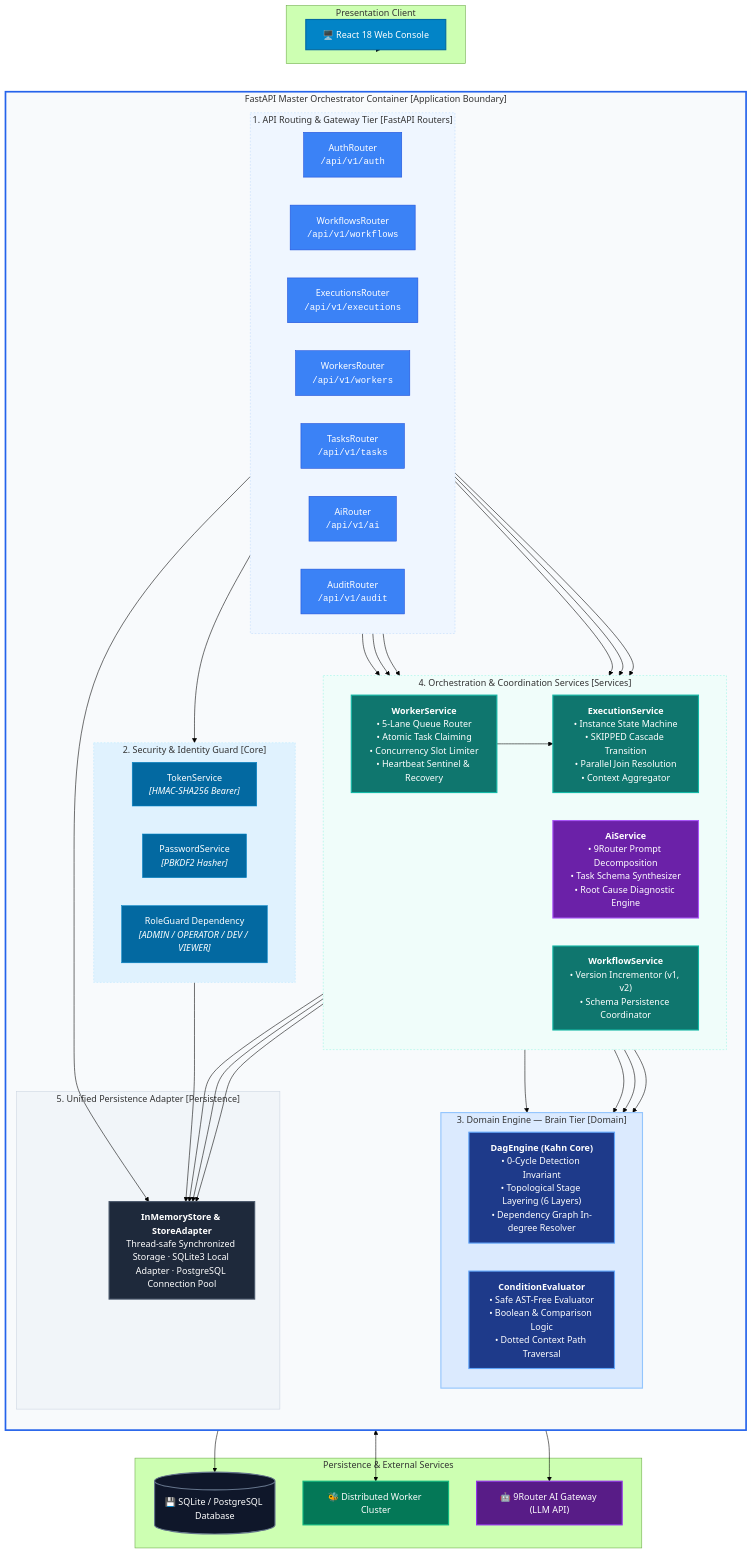
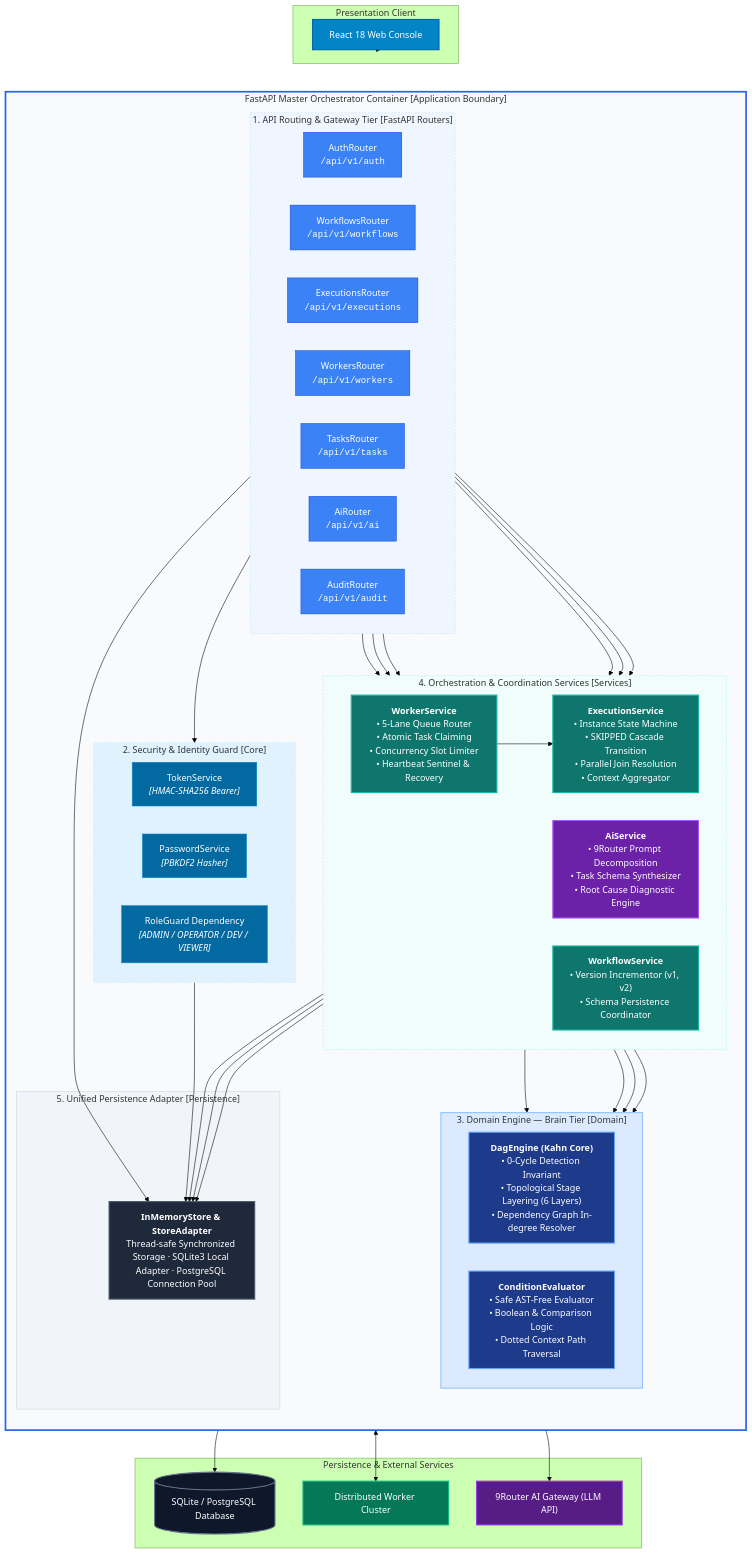
Before and after one commit to AnCoder1310/FlowForge: the fourth of 11 diagrams in README.md, drawn with Mermaid (forest theme). The commit also changed other lines of this file and 28 other files, not shown here.

Commit message:
feat: complete FlowForge production-ready DAG engine, conditional branching, visual studio, and fix dashboard metrics anti-jitter

````diff
--- a/README.md
+++ b/README.md
@@ -286,7 +286,7 @@
 ```mermaid
 flowchart TB
     subgraph webLayer["Presentation Client"]
-        web["🖥️ React 18 Web Console"]:::webClient
+        web["React 18 Web Console"]:::webClient
     end
 
     subgraph master["FastAPI Master Orchestrator Container [Application Boundary]"]
@@ -330,9 +330,9 @@
     end
 
     subgraph dataLayer["Persistence & External Services"]
-        db[("💾 SQLite / PostgreSQL Database")]:::dbBox
-        workerCluster["🐝 Distributed Worker Cluster"]:::workerBox
-        aiGateway["🤖 9Router AI Gateway (LLM API)"]:::aiBox
+        db[("SQLite / PostgreSQL Database")]:::dbBox
+        workerCluster["Distributed Worker Cluster"]:::workerBox
+        aiGateway["9Router AI Gateway (LLM API)"]:::aiBox
     end
 
     web --> apiTier
````
